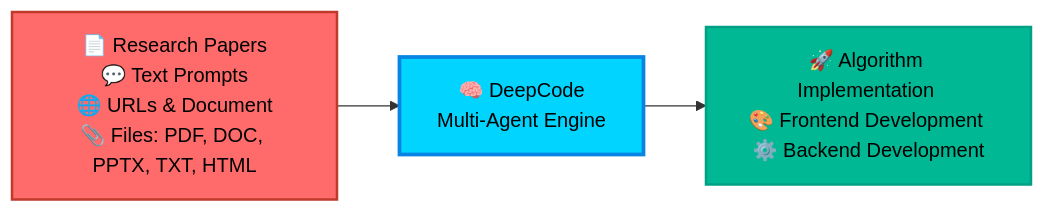
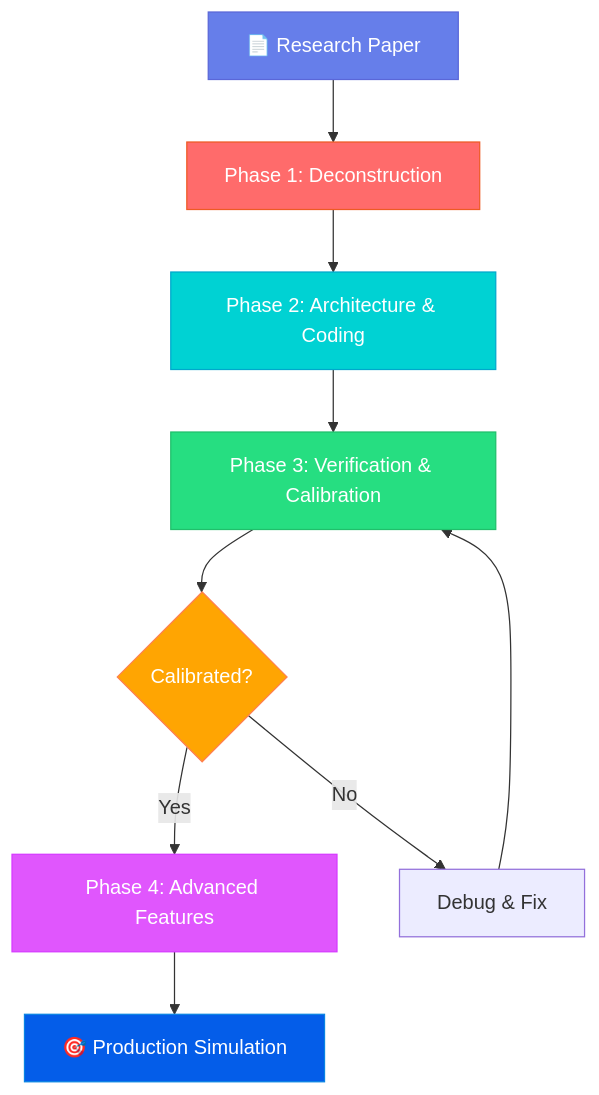
One commit to ewanlee/DeepCode changed the diagram in README.md. Above: the diagram before and after it, drawn with Mermaid. The commit also changed other lines of this file and 7 other files, not shown here.

````diff
--- a/README.md
+++ b/README.md
@@ -313,9 +193,19 @@
 ```mermaid
-flowchart LR
-    A["📄 Research Papers<br/>💬 Text Prompts<br/>🌐 URLs & Document<br/>📎 Files: PDF, DOC, PPTX, TXT, HTML"] --> B["🧠 DeepCode<br/>Multi-Agent Engine"]
-    B --> C["🚀 Algorithm Implementation <br/>🎨 Frontend Development <br/>⚙️ Backend Development"]
-
-    style A fill:#ff6b6b,stroke:#c0392b,stroke-width:2px,color:#000
-    style B fill:#00d4ff,stroke:#0984e3,stroke-width:3px,color:#000
-    style C fill:#00b894,stroke:#00a085,stroke-width:2px,color:#000
+flowchart TB
+    A[📄 Research Paper] --> B[Phase 1: Deconstruction]
+    B --> C[Phase 2: Architecture & Coding]
+    C --> D[Phase 3: Verification & Calibration]
+    D --> E{Calibrated?}
+    E -->|Yes| F[Phase 4: Advanced Features]
+    E -->|No| G[Debug & Fix]
+    G --> D
+    F --> H[🎯 Production Simulation]
+    
+    style A fill:#667eea,stroke:#5a67d8,color:#fff
+    style B fill:#ff6b6b,stroke:#ee5a24,color:#fff
+    style C fill:#00d2d3,stroke:#00a8cc,color:#fff
+    style D fill:#26de81,stroke:#20bf6b,color:#fff
+    style E fill:#ffa502,stroke:#ff7f50,color:#fff
+    style F fill:#e056fd,stroke:#d63aff,color:#fff
+    style H fill:#045de9,stroke:#0984e3,color:#fff
 ```
````
